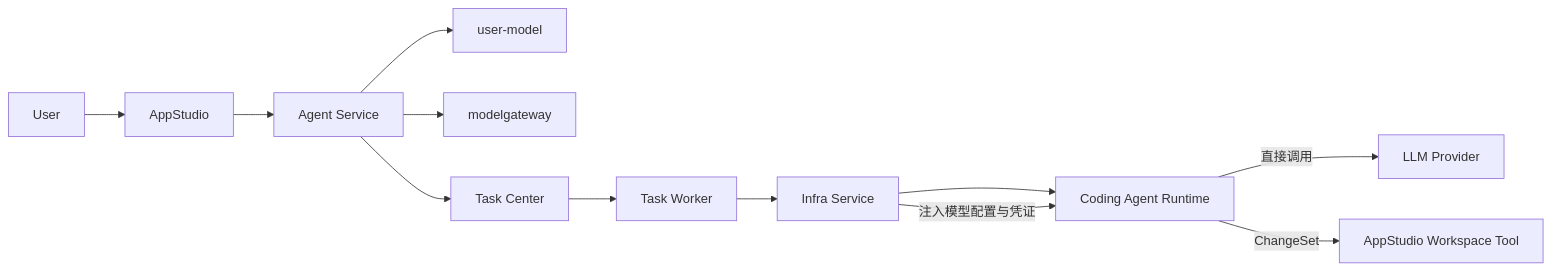
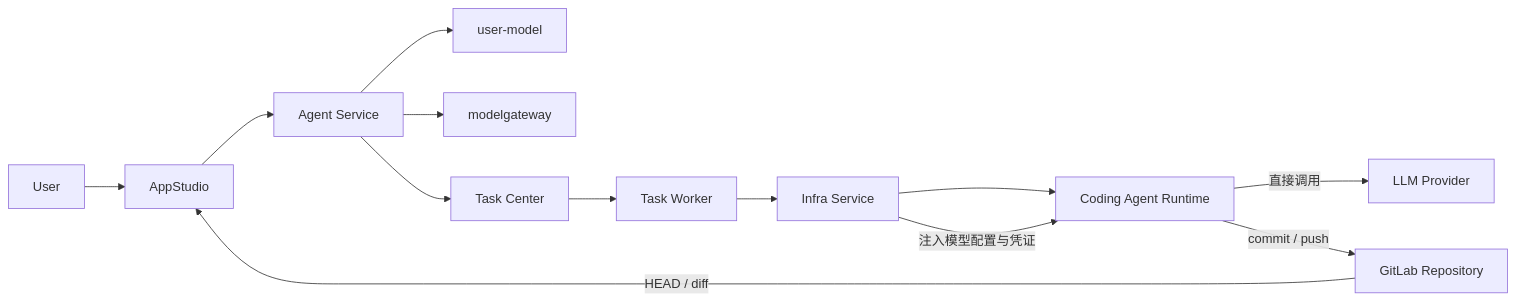
The tenth of 11 diagrams in 00_product/domains/appstudio/product-spec.md (wangweihong/omnimam-spec), drawn with Mermaid before and after one commit. The commit also changed other lines of this file and 21 other files, not shown here.

````diff
--- a/00_product/domains/appstudio/product-spec.md
+++ b/00_product/domains/appstudio/product-spec.md
@@ -2607,27 +2623,28 @@
 ```mermaid
 flowchart LR
     USER[User]
     STUDIO[AppStudio]
     AGENT_SERVICE[Agent Service]
     MM[user-model]
     MG[modelgateway]
     INFRA[Infra Service]
     AGENT[Coding Agent Runtime]
     LLM[LLM Provider]
-    WT[AppStudio Workspace Tool]
+    GL[GitLab Repository]
 
     USER --> STUDIO
     STUDIO --> AGENT_SERVICE
 
     AGENT_SERVICE --> MM
     AGENT_SERVICE --> MG
     AGENT_SERVICE --> TASK[Task Center]
     TASK --> WORKER[Task Worker]
     WORKER --> INFRA
 
     INFRA --> AGENT
     INFRA -->|注入模型配置与凭证| AGENT
 
     AGENT -->|直接调用| LLM
-    AGENT -->|ChangeSet| WT
+    AGENT -->|commit / push| GL
+    GL -->|HEAD / diff| STUDIO
 ```
````
